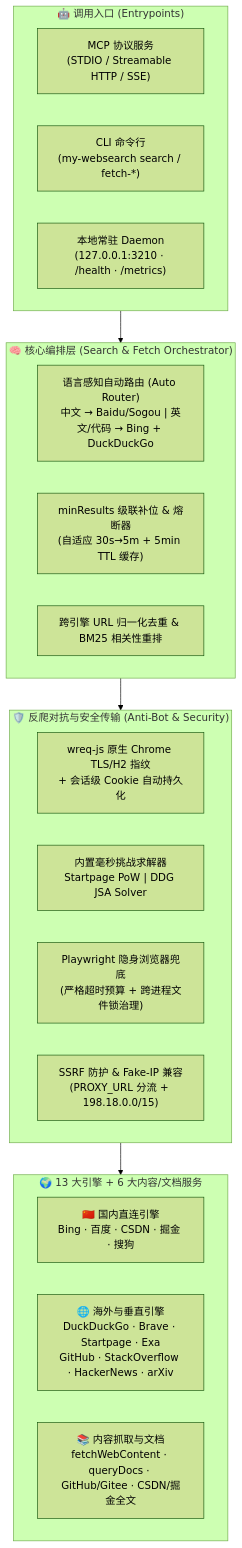
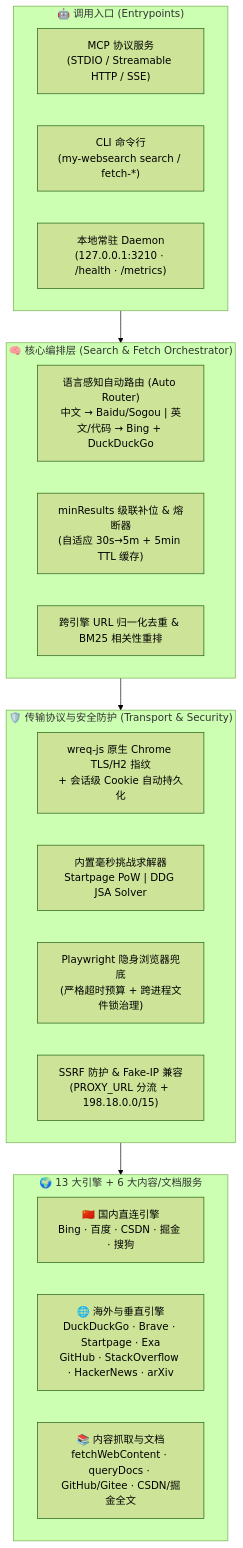
Before and after one commit to wtznicy/my-websearch: the diagram in README-zh.md, drawn with Mermaid (forest theme). The commit also changed other lines of this file and 1 other file, not shown here.

````diff
--- a/README-zh.md
+++ b/README-zh.md
@@ -47,31 +47,31 @@
 ```mermaid
 flowchart TB
     subgraph Clients["🤖 调用入口 (Entrypoints)"]
         MCP["MCP 协议服务<br/>(STDIO / Streamable HTTP / SSE)"]
         CLI["CLI 命令行<br/>(my-websearch search / fetch-*)"]
         Daemon["本地常驻 Daemon<br/>(127.0.0.1:3210 · /health · /metrics)"]
     end
 
     subgraph Core["🧠 核心编排层 (Search & Fetch Orchestrator)"]
         Router["语言感知自动路由 (Auto Router)<br/>中文 → Baidu/Sogou | 英文/代码 → Bing + DuckDuckGo"]
         Cascade["minResults 级联补位 & 熔断器<br/>(自适应 30s→5m + 5min TTL 缓存)"]
         Ranker["跨引擎 URL 归一化去重 & BM25 相关性重排"]
     end
 
-    subgraph Transport["🛡️ 反爬对抗与安全传输 (Anti-Bot & Security)"]
+    subgraph Transport["🛡️ 传输协议与安全防护 (Transport & Security)"]
         Wreq["wreq-js 原生 Chrome TLS/H2 指纹<br/>+ 会话级 Cookie 自动持久化"]
         Solvers["内置毫秒挑战求解器<br/>Startpage PoW | DDG JSA Solver"]
         PW["Playwright 隐身浏览器兜底<br/>(严格超时预算 + 跨进程文件锁治理)"]
         Guard["SSRF 防护 & Fake-IP 兼容<br/>(PROXY_URL 分流 + 198.18.0.0/15)"]
     end
 
     subgraph Engines["🌍 13 大引擎 + 6 大内容/文档服务"]
         CN["🇨🇳 国内直连引擎<br/>Bing · 百度 · CSDN · 掘金 · 搜狗"]
         INTL["🌐 海外与垂直引擎<br/>DuckDuckGo · Brave · Startpage · Exa<br/>GitHub · StackOverflow · HackerNews · arXiv"]
         Docs["📚 内容抓取与文档<br/>fetchWebContent · queryDocs · GitHub/Gitee · CSDN/掘金全文"]
     end
 
     Clients --> Core
     Core --> Transport
     Transport --> Engines
 ```
````
